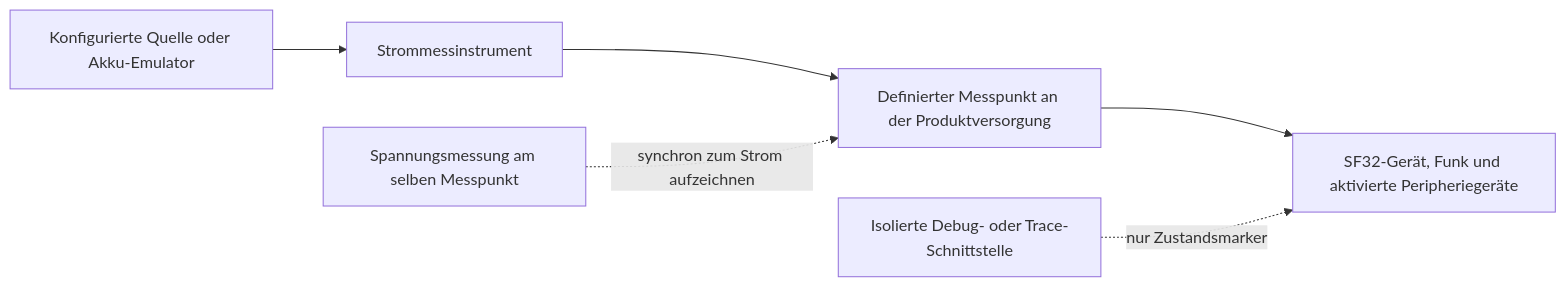
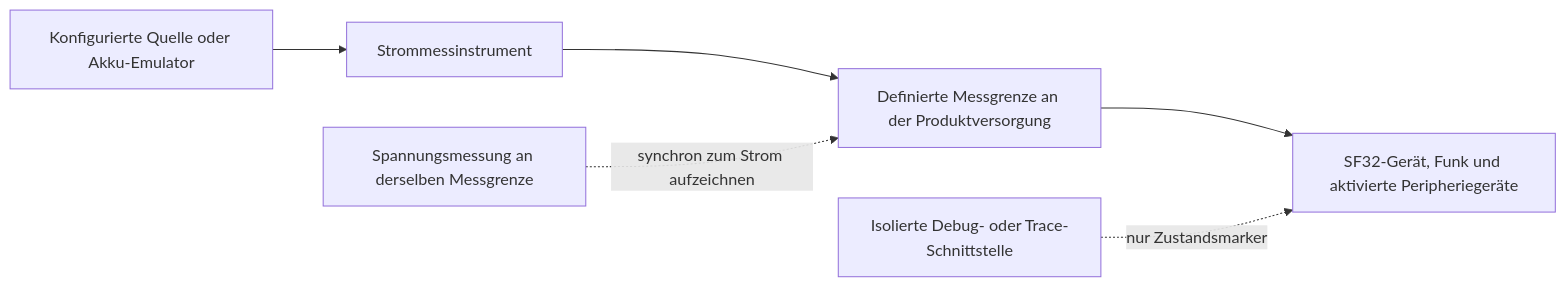
The first of 3 diagrams in docs_de/learn/bluetooth/bluetooth-low-power-profiling.md (uForge-io/uforge-site), drawn with Mermaid before and after one commit. The commit also changed other lines of this file and 500 other files, not shown here.

````diff
--- a/docs_de/learn/bluetooth/bluetooth-low-power-profiling.md
+++ b/docs_de/learn/bluetooth/bluetooth-low-power-profiling.md
@@ -47,8 +47,8 @@
 ```mermaid
 flowchart LR
     A["Konfigurierte Quelle oder Akku-Emulator"] --> B["Strommessinstrument"]
-    B --> C["Definierter Messpunkt an der Produktversorgung"]
+    B --> C["Definierte Messgrenze an der Produktversorgung"]
     C --> D["SF32-Gerät, Funk und aktivierte Peripheriegeräte"]
-    E["Spannungsmessung am selben Messpunkt"] -. "synchron zum Strom aufzeichnen" .-> C
+    E["Spannungsmessung an derselben Messgrenze"] -. "synchron zum Strom aufzeichnen" .-> C
     F["Isolierte Debug- oder Trace-Schnittstelle"] -. "nur Zustandsmarker" .-> D
 ```
````
